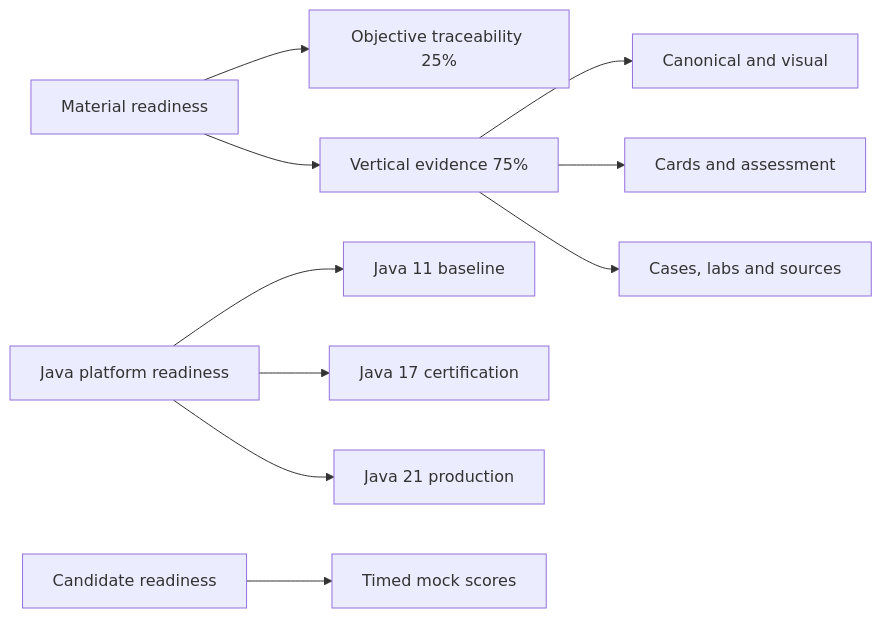
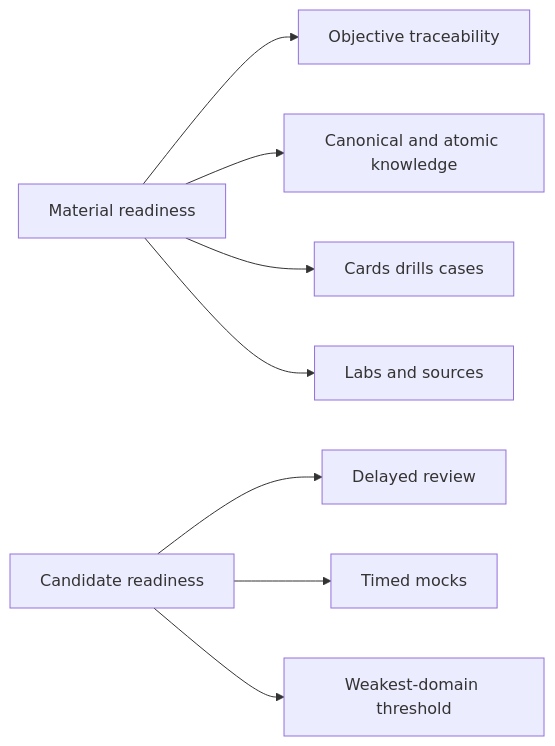
One commit to alimbetov/obsidian changed the diagram in 00_HOME/Certification 99 Percent Readiness Dashboard.md. Above: the diagram before and after it, drawn with Mermaid. The commit also changed other lines of this file, not shown here.

Commit message:
docs: refresh certification readiness dashboard

````diff
--- a/00_HOME/Certification 99 Percent Readiness Dashboard.md
+++ b/00_HOME/Certification 99 Percent Readiness Dashboard.md
@@ -40,12 +38,10 @@
 ```mermaid
 flowchart LR
-    MATERIAL["Material readiness"] --> OBJ["Objective traceability 25%"]
-    MATERIAL --> VERTICAL["Vertical evidence 75%"]
-    VERTICAL --> THEORY["Canonical and visual"]
-    VERTICAL --> CARDS["Cards and assessment"]
-    VERTICAL --> TRANSFER["Cases, labs and sources"]
-    JAVA["Java platform readiness"] --> J11["Java 11 baseline"]
-    JAVA --> J17["Java 17 certification"]
-    JAVA --> J21["Java 21 production"]
-    CANDIDATE["Candidate readiness"] --> MOCK["Timed mock scores"]
+    MATERIAL[Material readiness] --> OBJ[Objective traceability]
+    MATERIAL --> THEORY[Canonical and atomic knowledge]
+    MATERIAL --> PRACTICE[Cards drills cases]
+    MATERIAL --> EVIDENCE[Labs and sources]
+    CANDIDATE[Candidate readiness] --> REVIEW[Delayed review]
+    CANDIDATE --> MOCK[Timed mocks]
+    CANDIDATE --> WEAK[Weakest-domain threshold]
 ```
````
